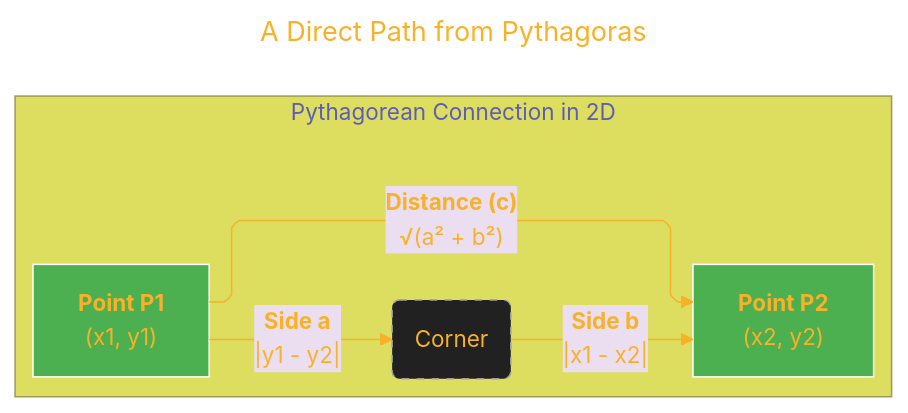
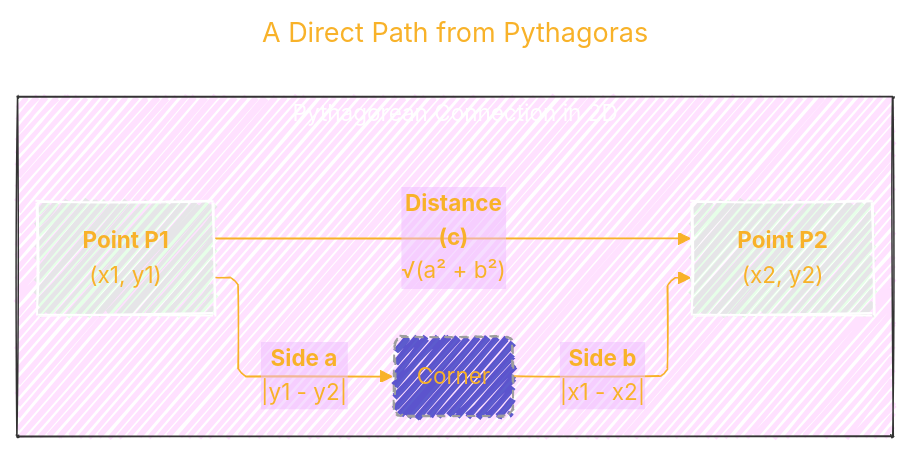
Before and after one commit to CongLeSolutionX/Harmonic_Atomica: the second of 7 diagrams in Distance_Similarity_Metrics/Euclidean_Distance.md, drawn with Mermaid. The commit also changed other lines of this file, not shown here.

Commit message:
update notes

````diff
--- a/Distance_Similarity_Metrics/Euclidean_Distance.md
+++ b/Distance_Similarity_Metrics/Euclidean_Distance.md
@@ -114,47 +114,49 @@
 ```mermaid
 ---
 title: "A Direct Path from Pythagoras"
 author: "Cong Le"
 version: "1.0"
 license(s): "MIT, CC BY-SA 4.0"
 copyright: "Copyright © 2025 Cong Le. All Rights Reserved."
 config:
   layout: elk
   theme: base
+  look: handDrawn
 ---
 %%%%%%%% Mermaid version v11.4.1-b.14
 %%%%%%%% Available curve styles include the following keywords:
 %% basis, bumpX, bumpY, cardinal, catmullRom, linear, monotoneX, monotoneY, natural, step, stepAfter, stepBefore.
 %%{
   init: {
     'securityLevel': 'loose',
     'flowchart': { 'htmlLabels': true, 'curve': 'linear' },
     'fontFamily': 'Comic Sans MS, cursive, sans-serif',
     'themeVariables': {
       'primaryColor': '#22BB',
       'primaryTextColor': '#F8B229',
       'lineColor': '#F8B229',
       'primaryBorderColor': '#27AE60',
-      'secondaryColor': '#EBDEF0',
+      'secondaryColor': '#EBF0',
       'secondaryTextColor': '#6C3483',
       'secondaryBorderColor': '#A569BD',
       'fontSize': '15px'
     }
   }
 }%%
 flowchart TD
     subgraph Pythagorean_Connection_in_2D["Pythagorean Connection in 2D"]
+    style Pythagorean_Connection_in_2D fill:#F2F2,stroke:#333,stroke-width:1px, color: #FFFF
     direction LR
         A["<b>Point P1</b><br>(x1, y1)"]
         B["<b>Point P2</b><br>(x2, y2)"]
         C("Corner")
 
         A -- "<b>Side a</b><br> |y1 - y2|" --> C
         C -- "<b>Side b</b><br> |x1 - x2|" --> B
-        A -- "<b>Distance (c)</b><br> √(a² + b²)" --> B
+        A -- "<b>Distance<br/>(c)</b><br> √(a² + b²)" --> B
 
-        style A fill:#4CAF50,stroke:#FFF
-        style B fill:#4CAF50,stroke:#FFF
-        style C fill:#212121,stroke:#9E9E9E,stroke-dasharray: 5 5
+        style A fill:#4F52,stroke:#FFF
+        style B fill:#4F52,stroke:#FFF
+        style C fill:#22BB,stroke:#9E9E9E,stroke-dasharray: 5 5
     end
 ```
````
